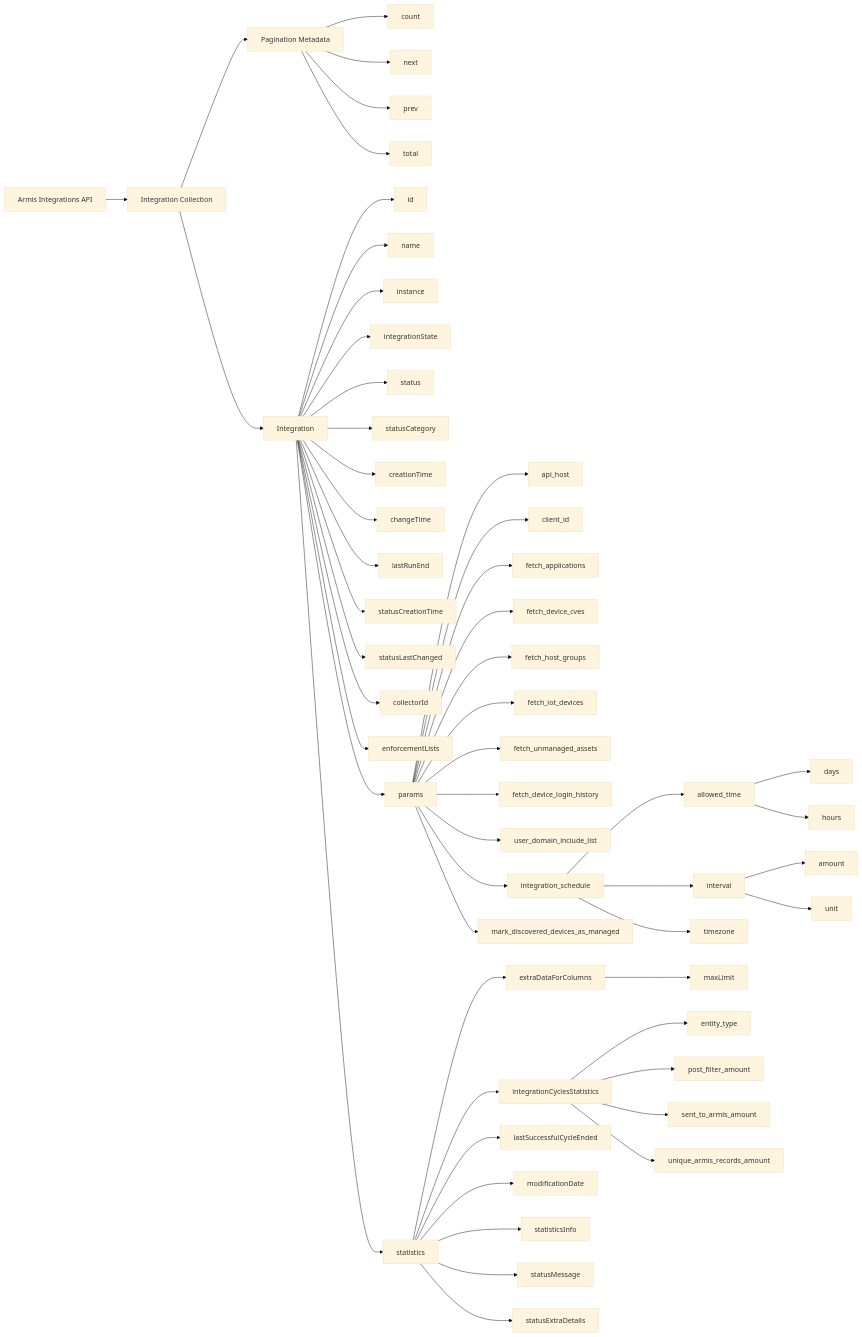
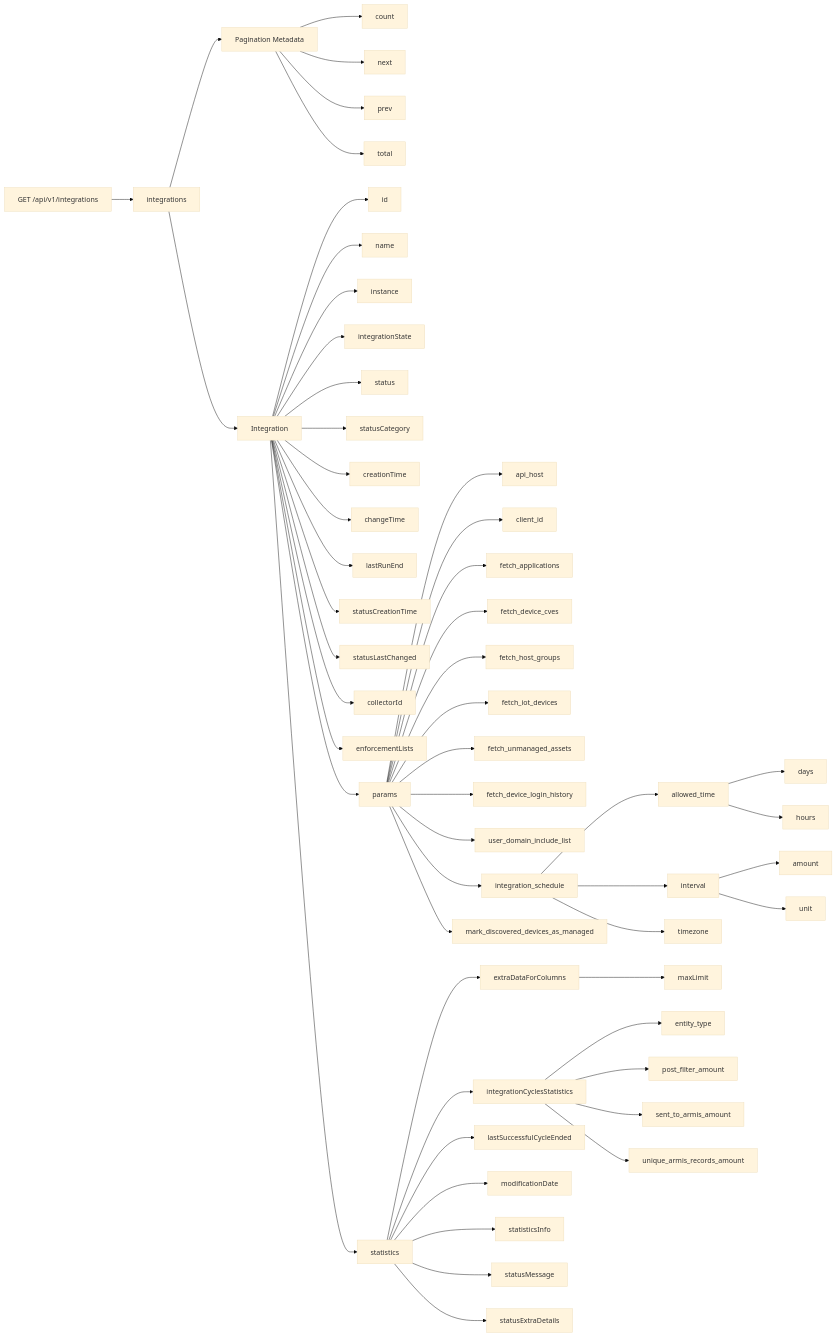
The diagram in Armis/ArmisSDK_Integrations.mmd (markteicher/Armis-Centrix-for-Splunk), drawn with Mermaid (base theme) before and after one commit.

```diff
--- a/Armis/ArmisSDK_Integrations.mmd
+++ b/Armis/ArmisSDK_Integrations.mmd
@@ -1,79 +1,79 @@
 flowchart LR
 
-    API[Armis Integrations API]
-    API --> COLLECTION[Integration Collection]
+    API["GET /api/v1/integrations"]
+    API --> COLLECTION[integrations]
 
     %% Pagination Metadata
     COLLECTION --> PAGINATION[Pagination Metadata]
     PAGINATION --> COUNT[count]
     PAGINATION --> NEXT[next]
     PAGINATION --> PREV[prev]
     PAGINATION --> TOTAL[total]
 
     %% Integration Object
     COLLECTION --> INTEGRATION[Integration]
 
     %% Identity & Lifecycle
     INTEGRATION --> INT_ID[id]
     INTEGRATION --> NAME[name]
     INTEGRATION --> INSTANCE[instance]
     INTEGRATION --> STATE[integrationState]
     INTEGRATION --> STATUS[status]
     INTEGRATION --> STATUS_CAT[statusCategory]
 
     %% Time Metadata
     INTEGRATION --> CREATED[creationTime]
     INTEGRATION --> CHANGED[changeTime]
     INTEGRATION --> LAST_RUN[lastRunEnd]
     INTEGRATION --> STATUS_CREATED[statusCreationTime]
     INTEGRATION --> STATUS_CHANGED[statusLastChanged]
 
     %% Collector & Enforcement
     INTEGRATION --> COLLECTOR_ID[collectorId]
     INTEGRATION --> ENFORCEMENT[enforcementLists]
 
     %% Params Block
     INTEGRATION --> PARAMS[params]
 
     PARAMS --> API_HOST[api_host]
     PARAMS --> CLIENT_ID[client_id]
     PARAMS --> FETCH_APPS[fetch_applications]
     PARAMS --> FETCH_CVES[fetch_device_cves]
     PARAMS --> FETCH_GROUPS[fetch_host_groups]
     PARAMS --> FETCH_IOT[fetch_iot_devices]
     PARAMS --> FETCH_UNMANAGED[fetch_unmanaged_assets]
     PARAMS --> FETCH_LOGINS[fetch_device_login_history]
     PARAMS --> USER_DOMAIN[user_domain_include_list]
 
     %% Integration Schedule
     PARAMS --> SCHEDULE[integration_schedule]
 
     SCHEDULE --> ALLOWED_TIME[allowed_time]
     ALLOWED_TIME --> DAYS[days]
     ALLOWED_TIME --> HOURS[hours]
 
     SCHEDULE --> INTERVAL[interval]
     INTERVAL --> INT_AMOUNT[amount]
     INTERVAL --> INT_UNIT[unit]
     SCHEDULE --> TIMEZONE[timezone]
 
     %% Device Handling
     PARAMS --> MARK_MANAGED[mark_discovered_devices_as_managed]
 
     %% Statistics Block
     INTEGRATION --> STATS[statistics]
 
     STATS --> EXTRA_COLS[extraDataForColumns]
     EXTRA_COLS --> MAX_LIMIT[maxLimit]
 
     STATS --> CYCLE_STATS[integrationCyclesStatistics]
     CYCLE_STATS --> ENTITY_TYPE[entity_type]
     CYCLE_STATS --> POST_FILTER[post_filter_amount]
     CYCLE_STATS --> SENT[sent_to_armis_amount]
     CYCLE_STATS --> UNIQUE[unique_armis_records_amount]
 
     STATS --> LAST_SUCCESS[lastSuccessfulCycleEnded]
     STATS --> MOD_DATE[modificationDate]
     STATS --> STATUS_INFO[statisticsInfo]
     STATS --> STATUS_MSG[statusMessage]
     STATS --> STATUS_DETAILS[statusExtraDetails]
```
